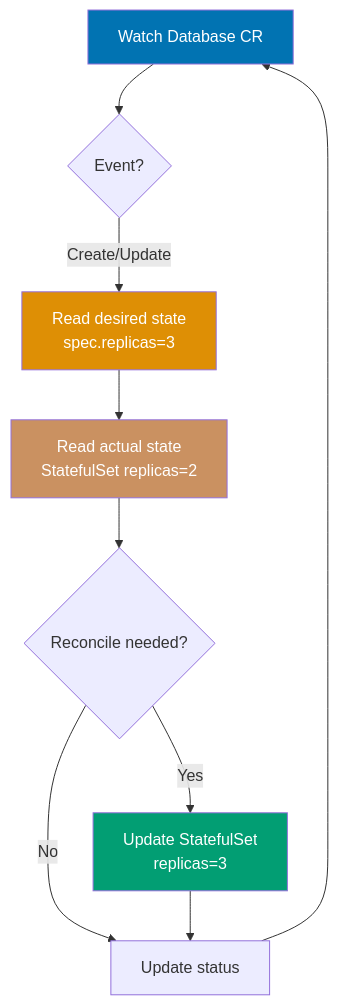
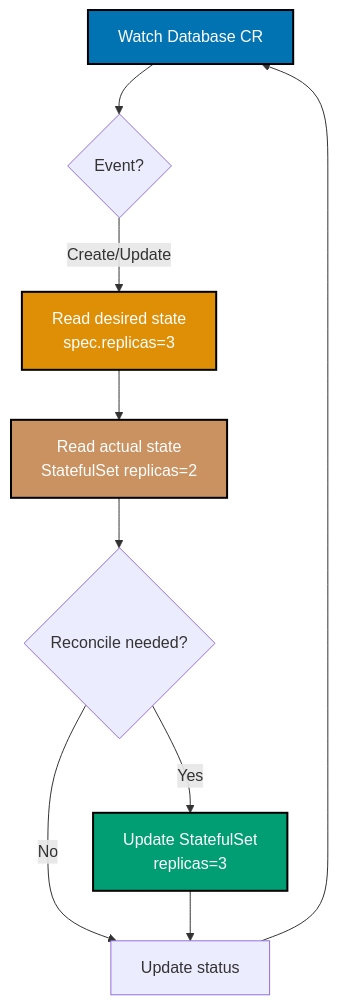
One commit to wahidyankf/open-sharia-enterprise changed the sixth of 14 diagrams in apps/ayokoding-web/content/en/learn/software-engineering/infrastructure/tools/kubernetes/by-example/advanced.md. Above: the diagram before and after it, drawn with Mermaid. The commit also changed other lines of this file and 25 other files, not shown here.

````diff
--- a/apps/ayokoding-web/content/en/learn/software-engineering/infrastructure/tools/kubernetes/by-example/advanced.md
+++ b/apps/ayokoding-web/content/en/learn/software-engineering/infrastructure/tools/kubernetes/by-example/advanced.md
@@ -2050,17 +2055,18 @@
 ```mermaid
+%% Color Palette: Blue #0173B2, Orange #DE8F05, Teal #029E73, Purple #CC78BC, Brown #CA9161
 %% Operator reconciliation loop
 graph TD
  A[Watch Database CR] --> B{Event?}
  B -->|Create/Update| C[Read desired state<br/>spec.replicas=3]
  C --> D[Read actual state<br/>StatefulSet replicas=2]
  D --> E{Reconcile needed?}
  E -->|Yes| F[Update StatefulSet<br/>replicas=3]
  E -->|No| G[Update status]
  F --> G
  G --> A
 
- style A fill:#0173B2,color:#fff
- style C fill:#DE8F05,color:#fff
- style D fill:#CA9161,color:#fff
- style F fill:#029E73,color:#fff
+ style A fill:#0173B2,stroke:#000000,stroke-width:2px,color:#fff
+ style C fill:#DE8F05,stroke:#000000,stroke-width:2px,color:#fff
+ style D fill:#CA9161,stroke:#000000,stroke-width:2px,color:#fff
+ style F fill:#029E73,stroke:#000000,stroke-width:2px,color:#fff
 ```
````
